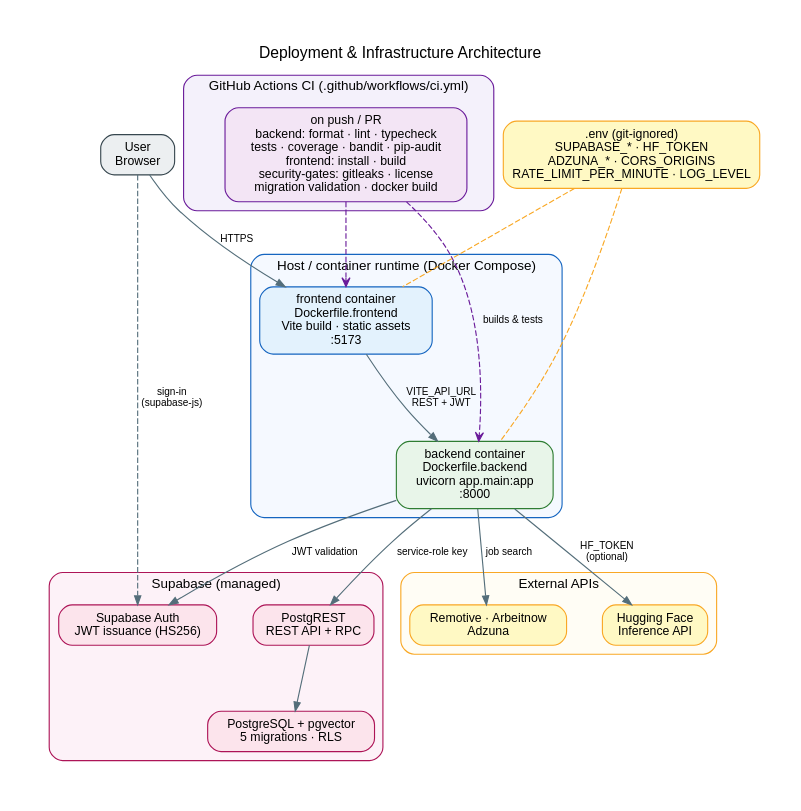
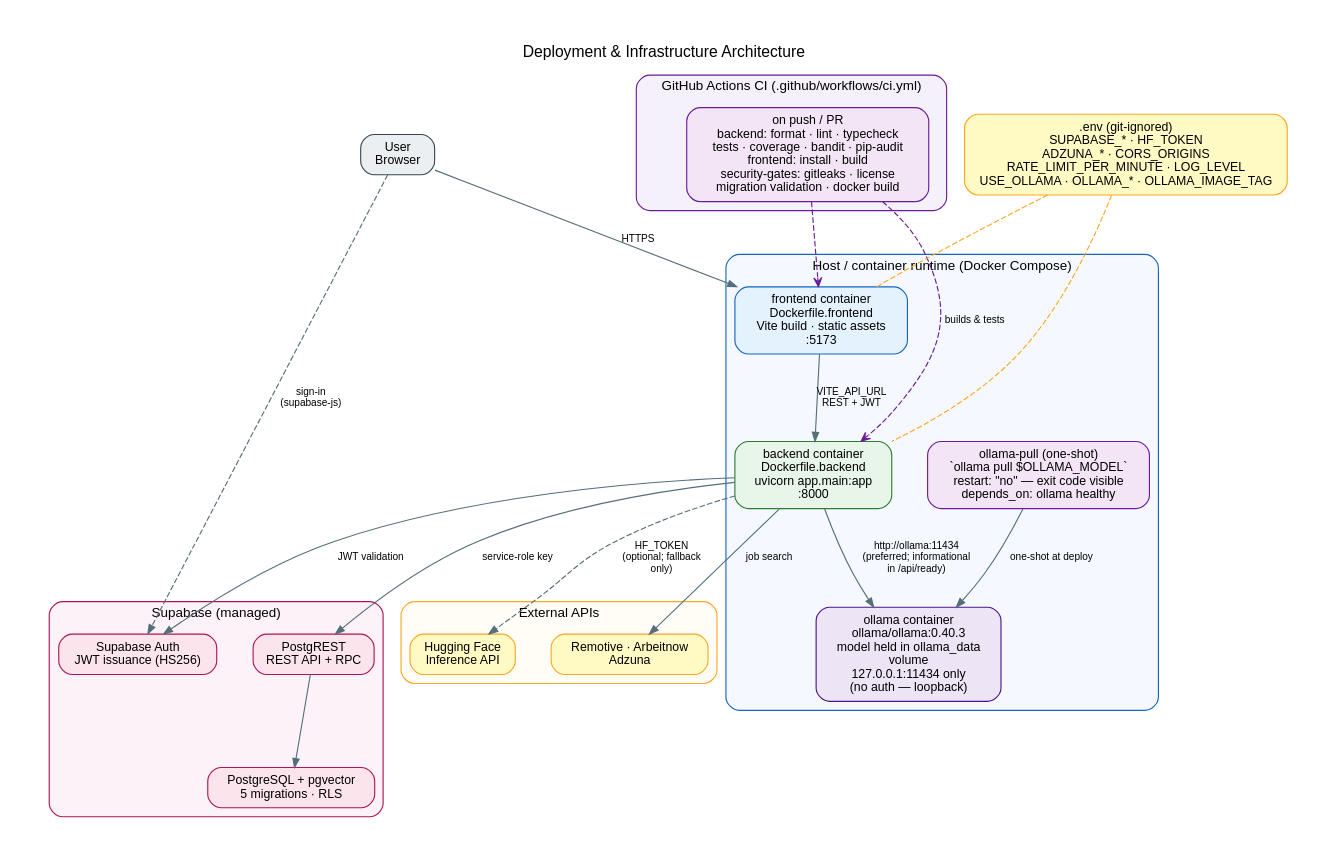
Before and after one commit to GuyKaptue/ai_career_assistant: the diagram in docs/diagrams/deployment_architecture.dot, drawn with Graphviz. The commit also changed 40 other files, not shown here.

```diff
--- a/docs/diagrams/deployment_architecture.dot
+++ b/docs/diagrams/deployment_architecture.dot
@@ -1,51 +1,55 @@
 // Deployment and infrastructure architecture
 digraph deployment_architecture {
   graph [rankdir=TB, bgcolor="white", fontname="Helvetica", fontsize=14, labelloc="t", label="Deployment & Infrastructure Architecture", pad=0.4, nodesep=0.45, ranksep=0.8];
   node [shape=box, style="rounded,filled", fontname="Helvetica", fontsize=11, margin="0.14,0.09"];
   edge [fontname="Helvetica", fontsize=9, color="#546E7A", arrowsize=0.8];
 
   user [label="User\nBrowser", fillcolor="#ECEFF1", color="#37474F"];
 
   subgraph cluster_host {
     label="Host / container runtime (Docker Compose)";
     style="rounded,filled"; fillcolor="#F5F9FF"; color="#1565C0"; fontname="Helvetica"; fontsize=12;
     fe [label="frontend container\nDockerfile.frontend\nVite build · static assets\n:5173", fillcolor="#E3F2FD", color="#1565C0"];
     be [label="backend container\nDockerfile.backend\nuvicorn app.main:app\n:8000", fillcolor="#E8F5E9", color="#2E7D32"];
+    ol [label="ollama container\nollama/ollama:0.40.3\nmodel held in ollama_data\nvolume\n127.0.0.1:11434 only\n(no auth — loopback)", fillcolor="#EDE4F5", color="#4A148C"];
+    pull [label="ollama-pull (one-shot)\n`ollama pull $OLLAMA_MODEL`\nrestart: \"no\" — exit code visible\ndepends_on: ollama healthy", fillcolor="#F3E5F5", color="#6A1B9A"];
     fe -> be [label="VITE_API_URL\nREST + JWT", fontname="Helvetica"];
+    be -> ol [label="http://ollama:11434\n(preferred; informational\nin /api/ready)"];
+    pull -> ol [label="one-shot at deploy"];
   }
 
   subgraph cluster_supabase {
     label="Supabase (managed)";
     style="rounded,filled"; fillcolor="#FDF2F8"; color="#AD1457"; fontname="Helvetica"; fontsize=12;
     sb_db [label="PostgreSQL + pgvector\n5 migrations · RLS", fillcolor="#FCE4EC", color="#AD1457"];
     sb_auth [label="Supabase Auth\nJWT issuance (HS256)", fillcolor="#FCE4EC", color="#AD1457"];
     sb_rest [label="PostgREST\nREST API + RPC", fillcolor="#FCE4EC", color="#AD1457"];
   }
 
   subgraph cluster_external {
     label="External APIs";
     style="rounded,filled"; fillcolor="#FFFDF5"; color="#F9A825"; fontname="Helvetica"; fontsize=12;
     hf [label="Hugging Face\nInference API", fillcolor="#FFF9C4", color="#F9A825"];
     providers [label="Remotive · Arbeitnow\nAdzuna", fillcolor="#FFF9C4", color="#F9A825"];
   }
 
   subgraph cluster_ci {
     label="GitHub Actions CI (.github/workflows/ci.yml)";
     style="rounded,filled"; fillcolor="#F4F1FB"; color="#6A1B9A"; fontname="Helvetica"; fontsize=12;
     ci [label="on push / PR\nbackend: format · lint · typecheck\ntests · coverage · bandit · pip-audit\nfrontend: install · build\nsecurity-gates: gitleaks · license\nmigration validation · docker build", fillcolor="#F3E5F5", color="#6A1B9A"];
   }
 
-  env [label=".env (git-ignored)\nSUPABASE_* · HF_TOKEN\nADZUNA_* · CORS_ORIGINS\nRATE_LIMIT_PER_MINUTE · LOG_LEVEL", fillcolor="#FFF9C4", color="#F9A825"];
+  env [label=".env (git-ignored)\nSUPABASE_* · HF_TOKEN\nADZUNA_* · CORS_ORIGINS\nRATE_LIMIT_PER_MINUTE · LOG_LEVEL\nUSE_OLLAMA · OLLAMA_* · OLLAMA_IMAGE_TAG", fillcolor="#FFF9C4", color="#F9A825"];
 
   user -> fe [label="HTTPS"];
   user -> sb_auth [label="sign-in\n(supabase-js)", style=dashed];
   be -> sb_rest [label="service-role key"];
   sb_rest -> sb_db;
   be -> sb_auth [label="JWT validation"];
-  be -> hf [label="HF_TOKEN\n(optional)"];
+  be -> hf [label="HF_TOKEN\n(optional; fallback\nonly)", style=dashed];
   be -> providers [label="job search"];
   env -> be [style=dashed, arrowhead=none, color="#F9A825"];
   env -> fe [style=dashed, arrowhead=none, color="#F9A825"];
   ci -> be [style=dashed, color="#6A1B9A", arrowhead=vee, label="builds & tests"];
   ci -> fe [style=dashed, color="#6A1B9A", arrowhead=vee];
 }
```
